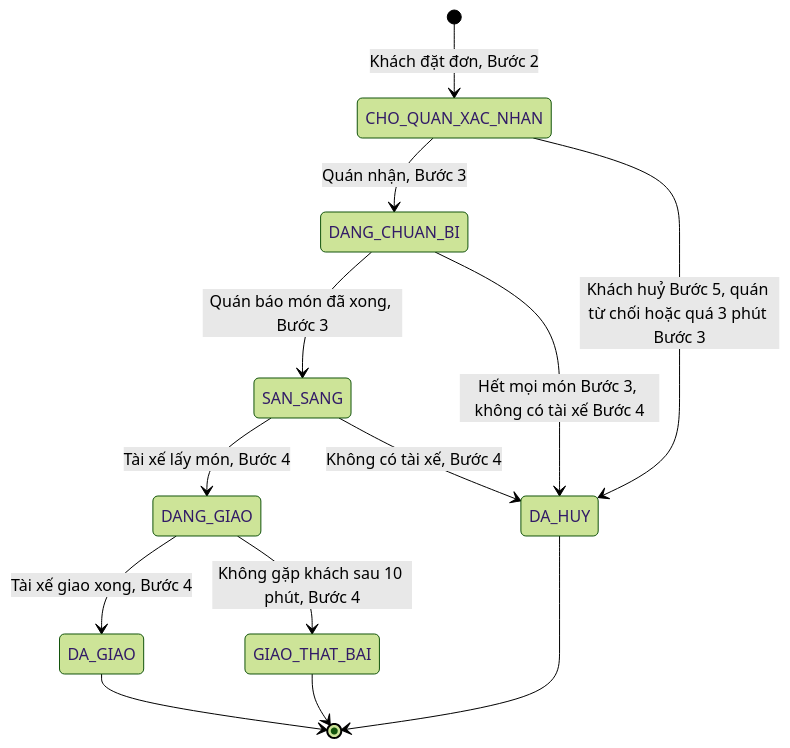
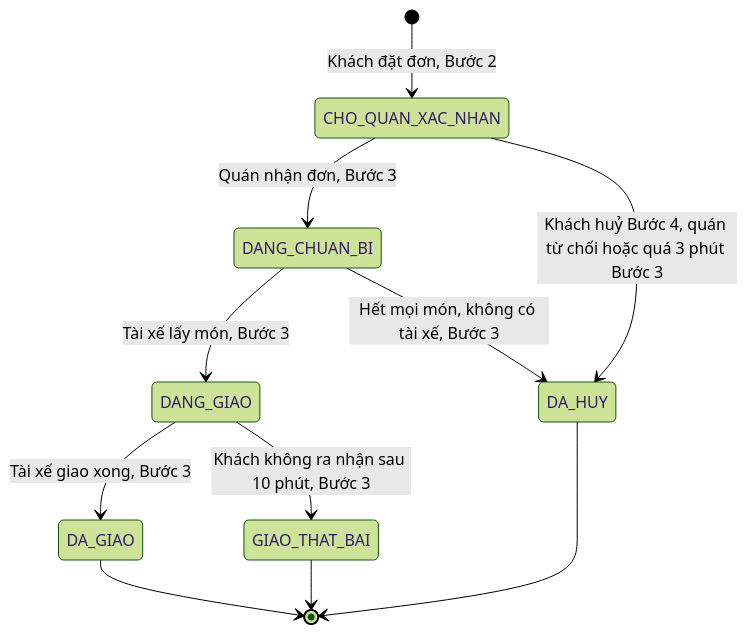
Before and after one commit to uxfoundation-vn/de06-dat-ship-do-an: the first of 2 diagrams in README.md, drawn with Mermaid (forest theme). The commit also changed other lines of this file and 2 other files, not shown here.

First line of the commit message:
Đề 6: chỉ giữ luồng của khách

````diff
--- a/README.md
+++ b/README.md
@@ -27,15 +26,13 @@
 ```mermaid
 stateDiagram-v2
   [*] --> CHO_QUAN_XAC_NHAN : Khách đặt đơn, Bước 2
-  CHO_QUAN_XAC_NHAN --> DANG_CHUAN_BI : Quán nhận, Bước 3
-  CHO_QUAN_XAC_NHAN --> DA_HUY : Khách huỷ Bước 5, quán từ chối hoặc quá 3 phút Bước 3
-  DANG_CHUAN_BI --> SAN_SANG : Quán báo món đã xong, Bước 3
-  DANG_CHUAN_BI --> DA_HUY : Hết mọi món Bước 3, không có tài xế Bước 4
-  SAN_SANG --> DANG_GIAO : Tài xế lấy món, Bước 4
-  SAN_SANG --> DA_HUY : Không có tài xế, Bước 4
-  DANG_GIAO --> DA_GIAO : Tài xế giao xong, Bước 4
-  DANG_GIAO --> GIAO_THAT_BAI : Không gặp khách sau 10 phút, Bước 4
+  CHO_QUAN_XAC_NHAN --> DANG_CHUAN_BI : Quán nhận đơn, Bước 3
+  CHO_QUAN_XAC_NHAN --> DA_HUY : Khách huỷ Bước 4, quán từ chối hoặc quá 3 phút Bước 3
+  DANG_CHUAN_BI --> DANG_GIAO : Tài xế lấy món, Bước 3
+  DANG_CHUAN_BI --> DA_HUY : Hết mọi món, không có tài xế, Bước 3
+  DANG_GIAO --> DA_GIAO : Tài xế giao xong, Bước 3
+  DANG_GIAO --> GIAO_THAT_BAI : Khách không ra nhận sau 10 phút, Bước 3
   DA_GIAO --> [*]
   GIAO_THAT_BAI --> [*]
   DA_HUY --> [*]
 ```
````
